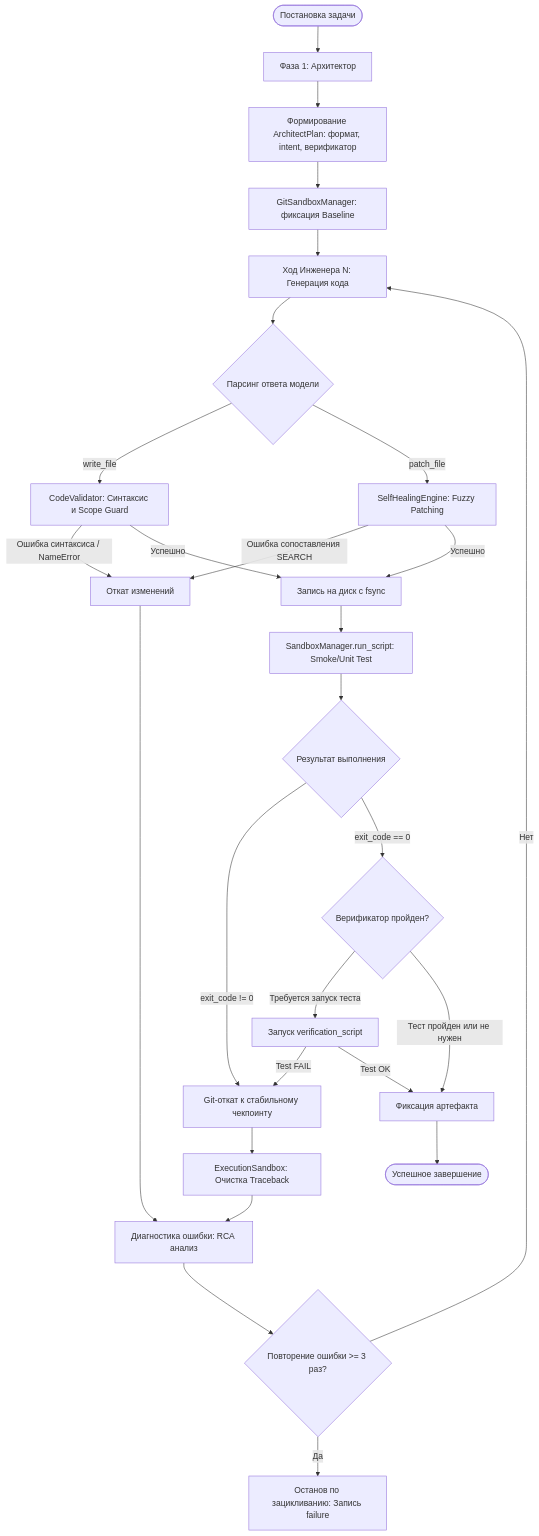
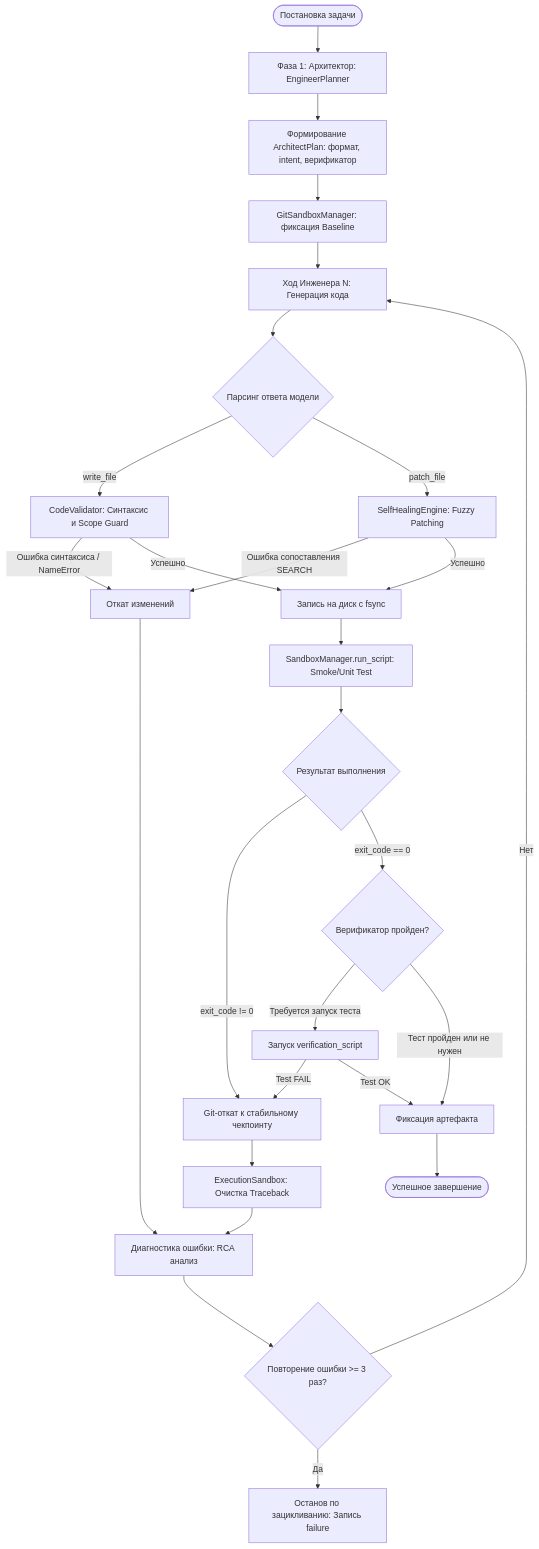
The fourth of 4 diagrams in knowledge_base/architecture.md (ZabotaOblizkih/NeonRoute), drawn with Mermaid before and after one commit. The commit also changed other lines of this file and 66 other files, not shown here.

````diff
--- a/knowledge_base/architecture.md
+++ b/knowledge_base/architecture.md
@@ -441,36 +472,36 @@
 ```mermaid
 flowchart TD
-    Start([Постановка задачи]) --> ArchPhase[Фаза 1: Архитектор]
+    Start([Постановка задачи]) --> ArchPhase[Фаза 1: Архитектор: EngineerPlanner]
     ArchPhase --> ArchPlan[Формирование ArchitectPlan: формат, intent, верификатор]
     ArchPlan --> GitBase[GitSandboxManager: фиксация Baseline]
     GitBase --> EngTurn[Ход Инженера N: Генерация кода]
     
     EngTurn --> ParseTool{Парсинг ответа модели}
     ParseTool -->|write_file| SyntaxCheck[CodeValidator: Синтаксис и Scope Guard]
     ParseTool -->|patch_file| PatchCheck[SelfHealingEngine: Fuzzy Patching]
     
     SyntaxCheck -->|Ошибка синтаксиса / NameError| Rollback1[Откат изменений]
     PatchCheck -->|Ошибка сопоставления SEARCH| Rollback1
     Rollback1 --> EnrichErr[Диагностика ошибки: RCA анализ]
     EnrichErr --> LoopCheck{Повторение ошибки >= 3 раз?}
     LoopCheck -->|Да| LoopHalt[Останов по зацикливанию: Запись failure]
     LoopCheck -->|Нет| EngTurn
 
     SyntaxCheck -->|Успешно| ApplyDisk[Запись на диск с fsync]
     PatchCheck -->|Успешно| ApplyDisk
     
     ApplyDisk --> RunScript[SandboxManager.run_script: Smoke/Unit Test]
     RunScript --> ExecResult{Результат выполнения}
     
     ExecResult -->|exit_code != 0| Rollback2[Git-откат к стабильному чекпоинту]
     Rollback2 --> TracebackPrune[ExecutionSandbox: Очистка Traceback]
     TracebackPrune --> EnrichErr
     
     ExecResult -->|exit_code == 0| VerifyContract{Верификатор пройден?}
     VerifyContract -->|Требуется запуск теста| RunTest[Запуск verification_script]
     RunTest -->|Test FAIL| Rollback2
     RunTest -->|Test OK| FinalArtifact[Фиксация артефакта]
     VerifyContract -->|Тест пройден или не нужен| FinalArtifact
     
     FinalArtifact --> Done([Успешное завершение])
 ```
````
